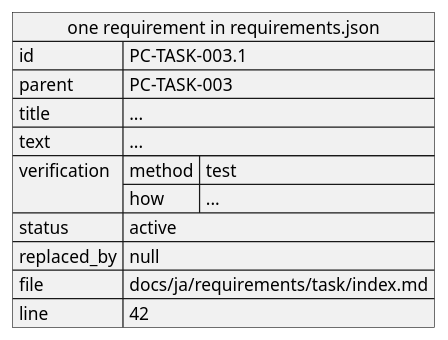
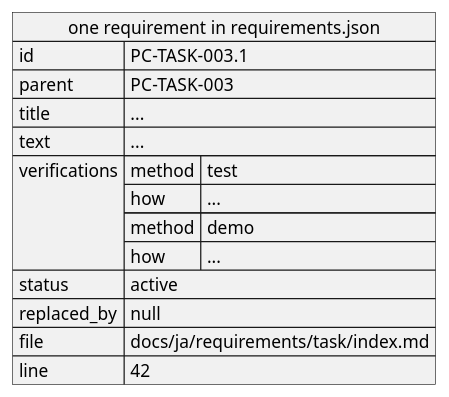
Before and after one commit to cloveclovedev/cumin-trace: the diagram in docs/ja/requirements/export/export-json.puml, drawn with PlantUML. The commit also changed 15 other files, not shown here.

```diff
--- a/docs/ja/requirements/export/export-json.puml
+++ b/docs/ja/requirements/export/export-json.puml
@@ -1,16 +1,16 @@
 @startuml export-json
 json "one requirement in requirements.json" as r {
   "id": "PC-TASK-003.1",
   "parent": "PC-TASK-003",
   "title": "...",
   "text": "...",
-  "verification": {
-    "method": "test",
-    "how": "..."
-  },
+  "verifications": [
+    {"method": "test", "how": "..."},
+    {"method": "demo", "how": "..."}
+  ],
   "status": "active",
   "replaced_by": null,
   "file": "docs/ja/requirements/task/index.md",
   "line": 42
 }
 @enduml
```
